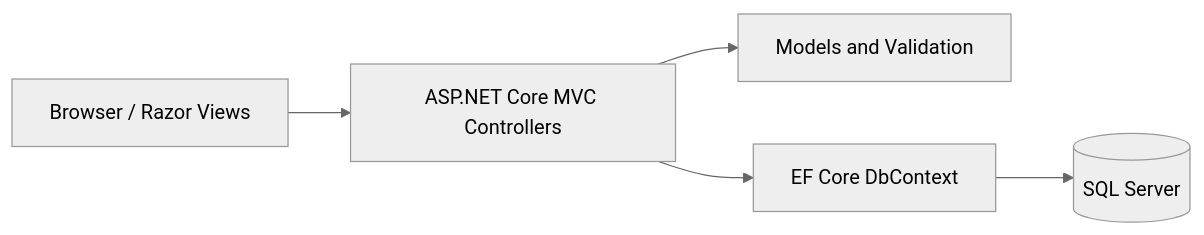
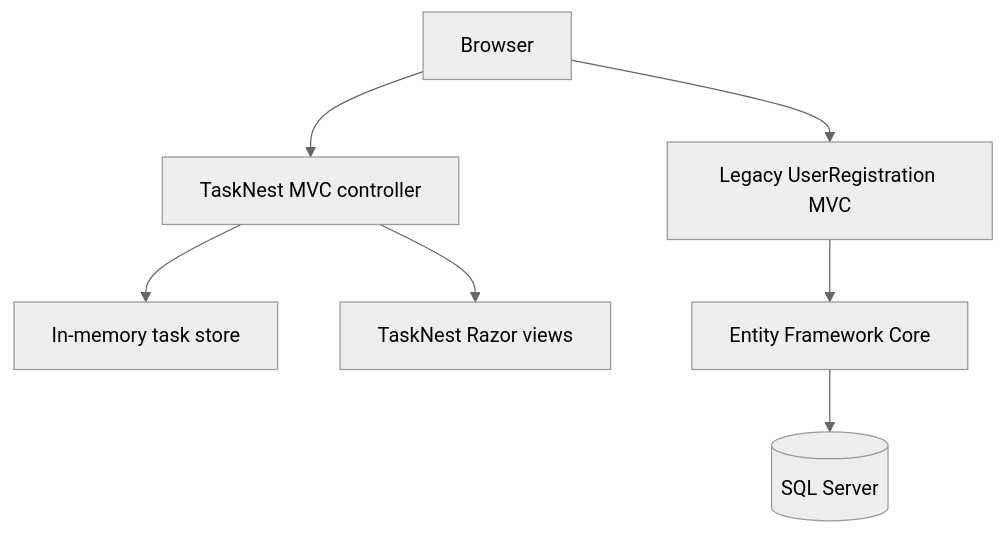
The diagram in README.md (azaanmalik/TaskNest-MVC), drawn with Mermaid (neutral theme) before and after one commit. The commit also changed other lines of this file, not shown here.

Commit message:
docs: make TaskNest the featured MVC project while preserving legacy application

````diff
--- a/README.md
+++ b/README.md
@@ -56,7 +62,9 @@
 ```mermaid
-flowchart LR
-    Browser[Browser / Razor Views] --> MVC[ASP.NET Core MVC Controllers]
-    MVC --> Models[Models and Validation]
-    MVC --> EF[EF Core DbContext]
-    EF --> SQL[(SQL Server)]
+flowchart TD
+  Browser[Browser] --> Tasks[TaskNest MVC controller]
+  Tasks --> Store[In-memory task store]
+  Tasks --> Views[TaskNest Razor views]
+  Browser --> Legacy[Legacy UserRegistration MVC]
+  Legacy --> EF[Entity Framework Core]
+  EF --> SQL[(SQL Server)]
 ```
````
